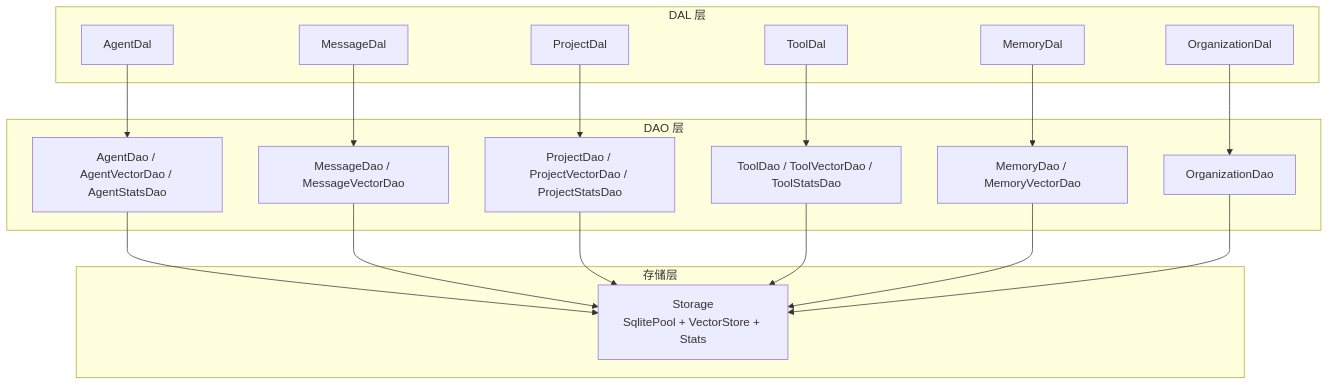
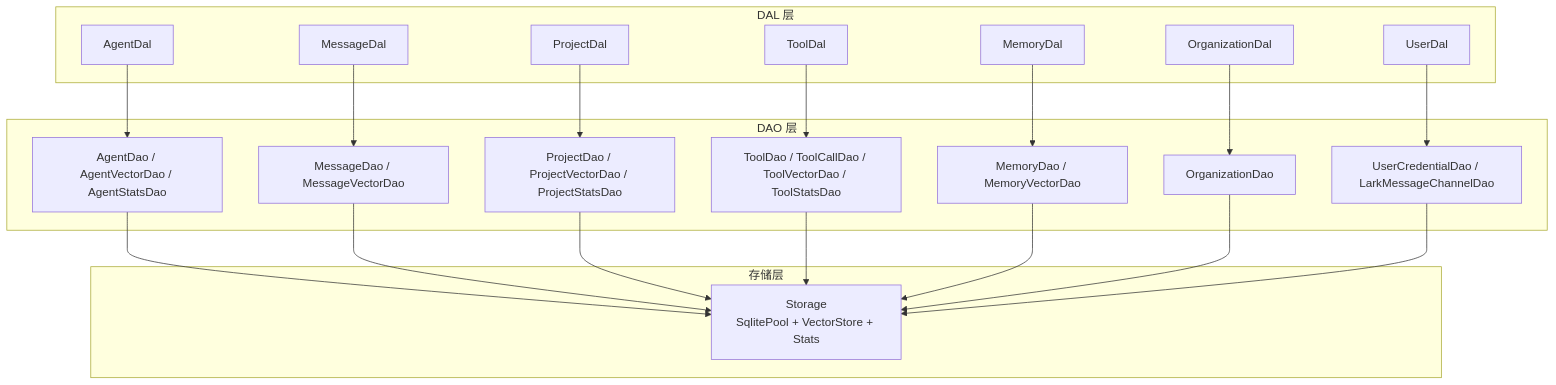
Before and after one commit to runningcoders/ai_orz: the first of 5 diagrams in docs/wiki/zh/content/架构设计/分层架构设计/DAL 层组合.md, drawn with Mermaid. The commit also changed other lines of this file and 33 other files, not shown here.

````diff
--- a/docs/wiki/zh/content/架构设计/分层架构设计/DAL 层组合.md
+++ b/docs/wiki/zh/content/架构设计/分层架构设计/DAL 层组合.md
@@ -35,34 +50,38 @@
 ```mermaid
 graph TB
 subgraph "DAL 层"
 A["AgentDal"]
 B["MessageDal"]
 C["ProjectDal"]
 D["ToolDal"]
 E["MemoryDal"]
 F["OrganizationDal"]
+G["UserDal"]
 end
 subgraph "DAO 层"
 DA["AgentDao / AgentVectorDao / AgentStatsDao"]
 DB["MessageDao / MessageVectorDao"]
 DC["ProjectDao / ProjectVectorDao / ProjectStatsDao"]
-DD["ToolDao / ToolVectorDao / ToolStatsDao"]
+DD["ToolDao / ToolCallDao / ToolVectorDao / ToolStatsDao"]
 DE["MemoryDao / MemoryVectorDao"]
 DF["OrganizationDao"]
+DG["UserCredentialDao / LarkMessageChannelDao"]
 end
 subgraph "存储层"
 S["Storage<br/>SqlitePool + VectorStore + Stats"]
 end
 A --> DA
 B --> DB
 C --> DC
 D --> DD
 E --> DE
 F --> DF
+G --> DG
 DA --> S
 DB --> S
 DC --> S
 DD --> S
 DE --> S
 DF --> S
+DG --> S
 ```
````
